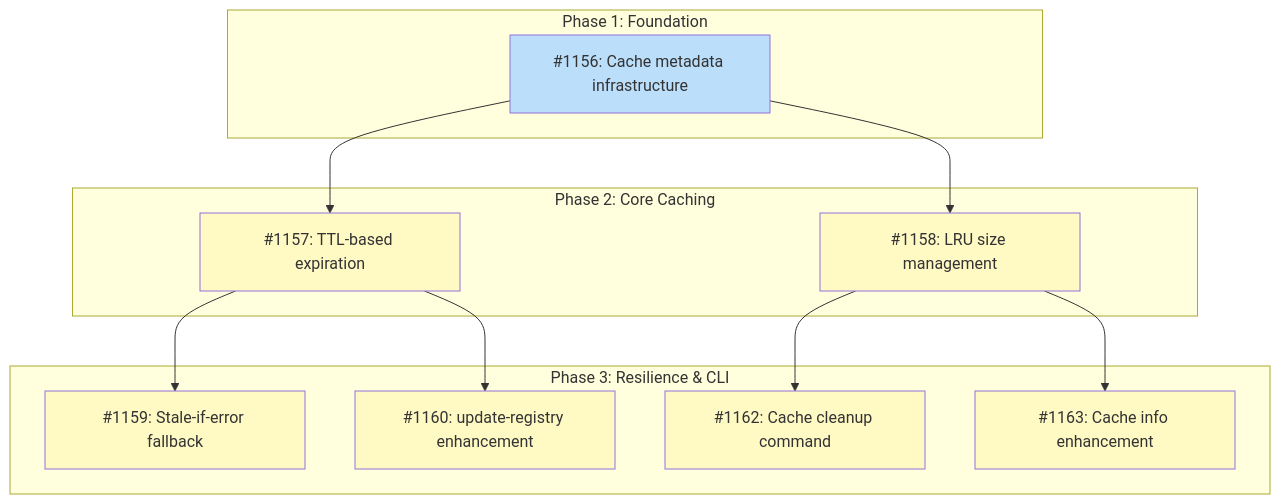
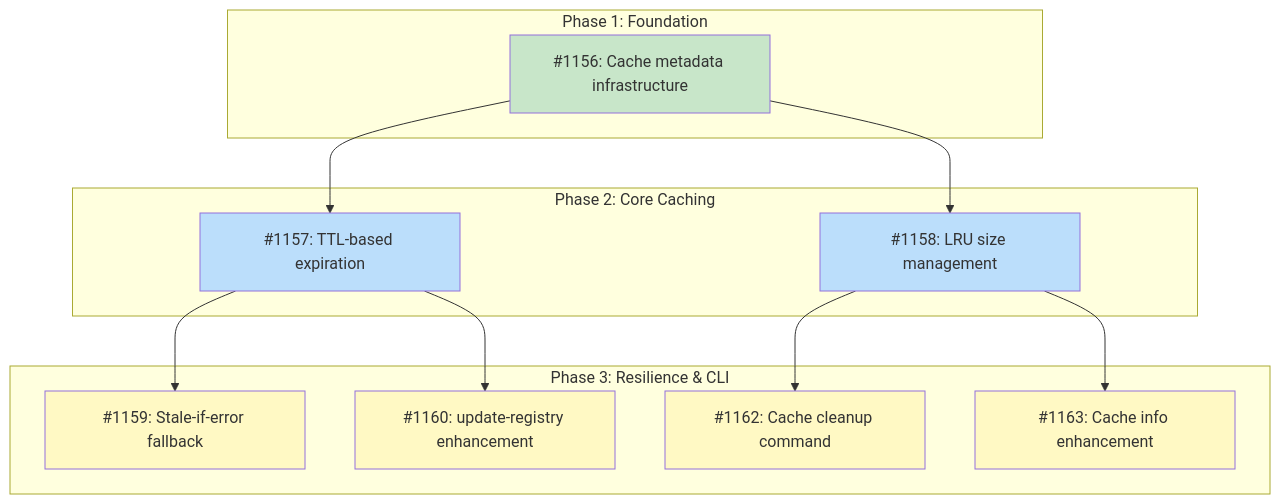
One commit to tsukumogami/tsuku changed the diagram in docs/designs/DESIGN-registry-cache-policy.md. Above: the diagram before and after it, drawn with Mermaid. The commit also changed other lines of this file and 4 other files, not shown here.

````diff
--- a/docs/designs/DESIGN-registry-cache-policy.md
+++ b/docs/designs/DESIGN-registry-cache-policy.md
@@ -30,34 +30,34 @@
 ```mermaid
 graph TD
     subgraph Phase1["Phase 1: Foundation"]
         I1156["#1156: Cache metadata infrastructure"]
     end
 
     subgraph Phase2["Phase 2: Core Caching"]
         I1157["#1157: TTL-based expiration"]
         I1158["#1158: LRU size management"]
     end
 
     subgraph Phase3["Phase 3: Resilience & CLI"]
         I1159["#1159: Stale-if-error fallback"]
         I1160["#1160: update-registry enhancement"]
         I1162["#1162: Cache cleanup command"]
         I1163["#1163: Cache info enhancement"]
     end
 
     I1156 --> I1157
     I1156 --> I1158
     I1157 --> I1159
     I1157 --> I1160
     I1158 --> I1162
     I1158 --> I1163
 
     classDef done fill:#c8e6c9
     classDef ready fill:#bbdefb
     classDef blocked fill:#fff9c4
     classDef needsDesign fill:#e1bee7
 
-    class I1156 ready
-    class I1157,I1158 blocked
+    class I1156 done
+    class I1157,I1158 ready
     class I1159,I1160,I1162,I1163 blocked
 ```
````
